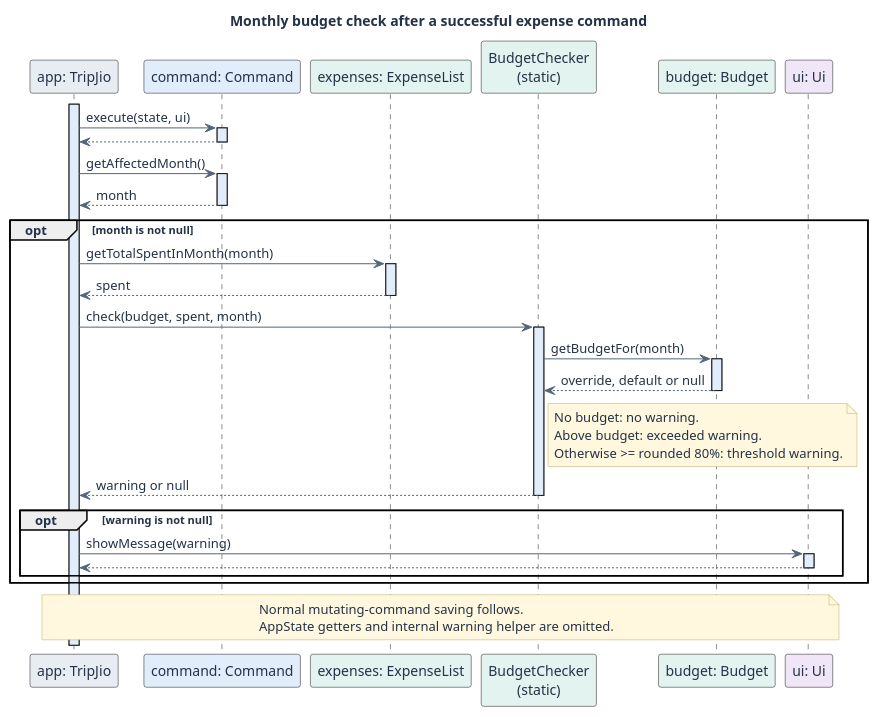
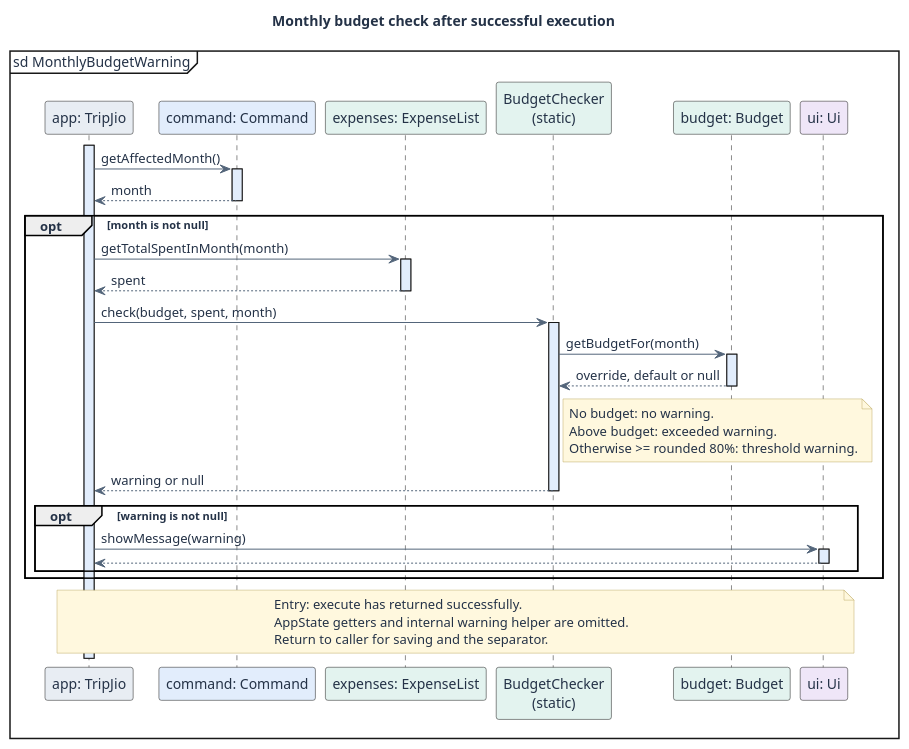
One commit to AY2627S1-CS2113-W10-1/tp changed the diagram in docs/diagrams/BudgetWarningSequence.puml. Above: the diagram before and after it, drawn with PlantUML. The commit also changed 18 other files, not shown here.

```diff
--- a/docs/diagrams/BudgetWarningSequence.puml
+++ b/docs/diagrams/BudgetWarningSequence.puml
@@ -1,40 +1,39 @@
 @startuml
 skinparam shadowing false
 skinparam backgroundColor #FFFFFF
 skinparam defaultFontColor #243247
 skinparam ArrowColor #53657A
 skinparam sequenceLifeLineBackgroundColor #E2EDFC
 skinparam NoteBackgroundColor #FFF8DE
 skinparam NoteBorderColor #BDAA65
-title Monthly budget check after a successful expense command
+mainframe sd MonthlyBudgetWarning
+title Monthly budget check after successful execution
 participant "app: TripJio" as App #E8EDF3
 participant "command: Command" as Cmd #E2EDFC
 participant "expenses: ExpenseList" as Expenses #E3F3EF
 participant "BudgetChecker\n(static)" as Checker #E3F3EF
 participant "budget: Budget" as Budget #E3F3EF
 participant "ui: Ui" as Ui #EFE6F8
 activate App
-App -> Cmd ++ : execute(state, ui)
-Cmd --> App --
 App -> Cmd ++ : getAffectedMonth()
 Cmd --> App -- : month
 opt month is not null
 App -> Expenses ++ : getTotalSpentInMonth(month)
 Expenses --> App -- : spent
 App -> Checker ++ : check(budget, spent, month)
 Checker -> Budget ++ : getBudgetFor(month)
 Budget --> Checker -- : override, default or null
 note right of Checker
   No budget: no warning.
   Above budget: exceeded warning.
   Otherwise >= rounded 80%: threshold warning.
 end note
 Checker --> App -- : warning or null
 opt warning is not null
 App -> Ui ++ : showMessage(warning)
 Ui --> App --
 end
 end
-note over App, Ui : Normal mutating-command saving follows.\nAppState getters and internal warning helper are omitted.
+note over App, Ui : Entry: execute has returned successfully.\nAppState getters and internal warning helper are omitted.\nReturn to caller for saving and the separator.
 deactivate App
 @enduml
```
